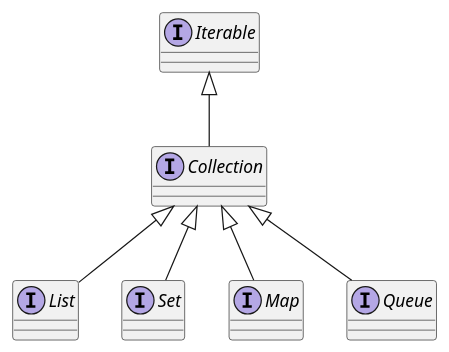
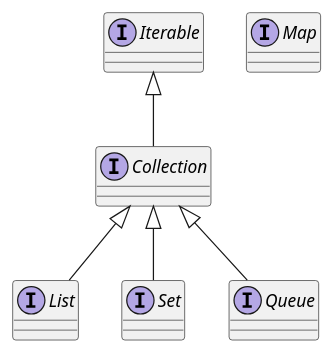
The diagram in uml/collection/jerarquia-collection.puml (stgoneira/fundamentos-programacion-java), drawn with PlantUML before and after one commit. The commit also changed 1 other file, not shown here.

Commit message:
Map remove from implements

```diff
--- a/uml/collection/jerarquia-collection.puml
+++ b/uml/collection/jerarquia-collection.puml
@@ -1,10 +1,10 @@
 @startuml superclase 
 
 interface Collection implements Iterable {}
 
 interface List implements Collection {}
 interface Set implements Collection {}
-interface Map implements Collection {}
+interface Map {}
 interface Queue implements Collection {}
 
 @enduml 
```
